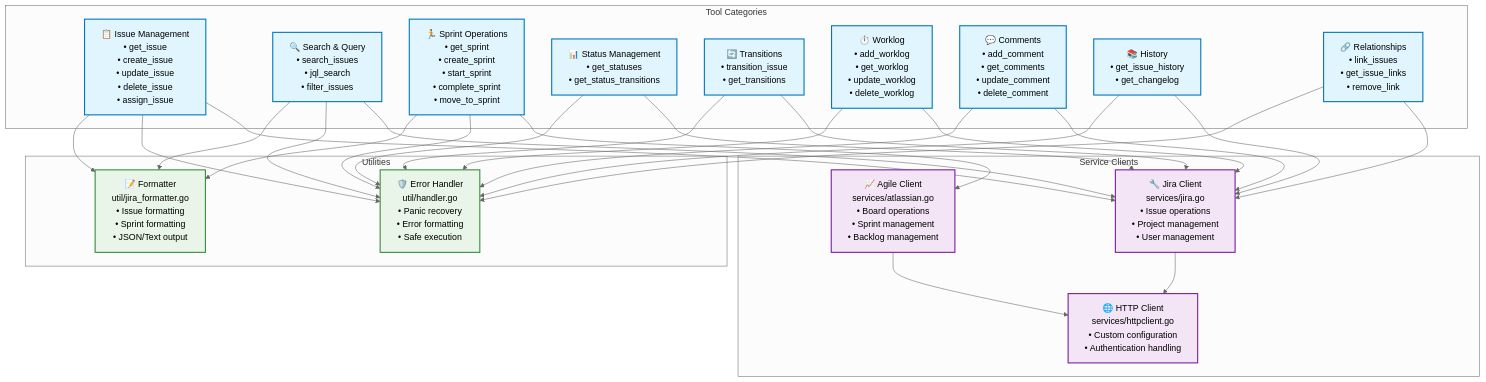
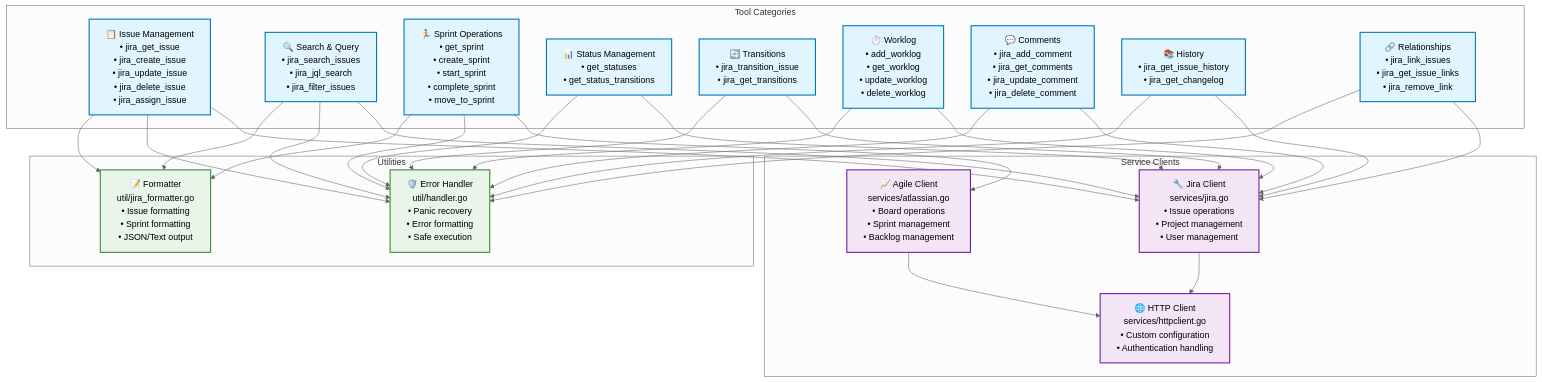
One commit to nguyenvanduocit/jira-mcp changed the second of 8 diagrams in docs/SYSTEM_DIAGRAMS.md. Above: the diagram before and after it, drawn with Mermaid (neutral theme). The commit also changed other lines of this file and 17 other files, not shown here.

````diff
--- a/docs/SYSTEM_DIAGRAMS.md
+++ b/docs/SYSTEM_DIAGRAMS.md
@@ -80,63 +80,63 @@
 ```mermaid
 graph TB
     subgraph "Tool Categories"
-        ISSUE["📋 Issue Management<br/>• get_issue<br/>• create_issue<br/>• update_issue<br/>• delete_issue<br/>• assign_issue"]
-        SEARCH["🔍 Search & Query<br/>• search_issues<br/>• jql_search<br/>• filter_issues"]
+        ISSUE["📋 Issue Management<br/>• jira_get_issue<br/>• jira_create_issue<br/>• jira_update_issue<br/>• jira_delete_issue<br/>• jira_assign_issue"]
+        SEARCH["🔍 Search & Query<br/>• jira_search_issues<br/>• jira_jql_search<br/>• jira_filter_issues"]
         SPRINT["🏃 Sprint Operations<br/>• get_sprint<br/>• create_sprint<br/>• start_sprint<br/>• complete_sprint<br/>• move_to_sprint"]
         STATUS["📊 Status Management<br/>• get_statuses<br/>• get_status_transitions"]
-        TRANS["🔄 Transitions<br/>• transition_issue<br/>• get_transitions"]
+        TRANS["🔄 Transitions<br/>• jira_transition_issue<br/>• jira_get_transitions"]
         WORK["⏱️ Worklog<br/>• add_worklog<br/>• get_worklog<br/>• update_worklog<br/>• delete_worklog"]
-        COMMENT["💬 Comments<br/>• add_comment<br/>• get_comments<br/>• update_comment<br/>• delete_comment"]
-        HIST["📚 History<br/>• get_issue_history<br/>• get_changelog"]
-        REL["🔗 Relationships<br/>• link_issues<br/>• get_issue_links<br/>• remove_link"]
+        COMMENT["💬 Comments<br/>• jira_add_comment<br/>• jira_get_comments<br/>• jira_update_comment<br/>• jira_delete_comment"]
+        HIST["📚 History<br/>• jira_get_issue_history<br/>• jira_get_changelog"]
+        REL["🔗 Relationships<br/>• jira_link_issues<br/>• jira_get_issue_links<br/>• jira_remove_link"]
     end
     
     subgraph "Service Clients"
         JIRA_SVC["🔧 Jira Client<br/>services/jira.go<br/>• Issue operations<br/>• Project management<br/>• User management"]
         AGILE_SVC["📈 Agile Client<br/>services/atlassian.go<br/>• Board operations<br/>• Sprint management<br/>• Backlog management"]
         HTTP_SVC["🌐 HTTP Client<br/>services/httpclient.go<br/>• Custom configuration<br/>• Authentication handling"]
     end
     
     subgraph "Utilities"
         ERROR_UTIL["🛡️ Error Handler<br/>util/handler.go<br/>• Panic recovery<br/>• Error formatting<br/>• Safe execution"]
         FORMAT_UTIL["📝 Formatter<br/>util/jira_formatter.go<br/>• Issue formatting<br/>• Sprint formatting<br/>• JSON/Text output"]
     end
     
     %% Tool to service mappings
     ISSUE --> JIRA_SVC
     SEARCH --> JIRA_SVC
     STATUS --> JIRA_SVC
     TRANS --> JIRA_SVC
     WORK --> JIRA_SVC
     COMMENT --> JIRA_SVC
     HIST --> JIRA_SVC
     REL --> JIRA_SVC
     SPRINT --> AGILE_SVC
     
     %% Service dependencies
     JIRA_SVC --> HTTP_SVC
     AGILE_SVC --> HTTP_SVC
     
     %% Utility usage
     ISSUE --> ERROR_UTIL
     SEARCH --> ERROR_UTIL
     SPRINT --> ERROR_UTIL
     STATUS --> ERROR_UTIL
     TRANS --> ERROR_UTIL
     WORK --> ERROR_UTIL
     COMMENT --> ERROR_UTIL
     HIST --> ERROR_UTIL
     REL --> ERROR_UTIL
     
     ISSUE --> FORMAT_UTIL
     SEARCH --> FORMAT_UTIL
     SPRINT --> FORMAT_UTIL
     
     classDef tools fill:#e1f5fe,stroke:#0277bd,stroke-width:2px
     classDef services fill:#f3e5f5,stroke:#7b1fa2,stroke-width:2px
     classDef utils fill:#e8f5e8,stroke:#388e3c,stroke-width:2px
     
     class ISSUE,SEARCH,SPRINT,STATUS,TRANS,WORK,COMMENT,HIST,REL tools
     class JIRA_SVC,AGILE_SVC,HTTP_SVC services
     class ERROR_UTIL,FORMAT_UTIL utils
 ```
````
